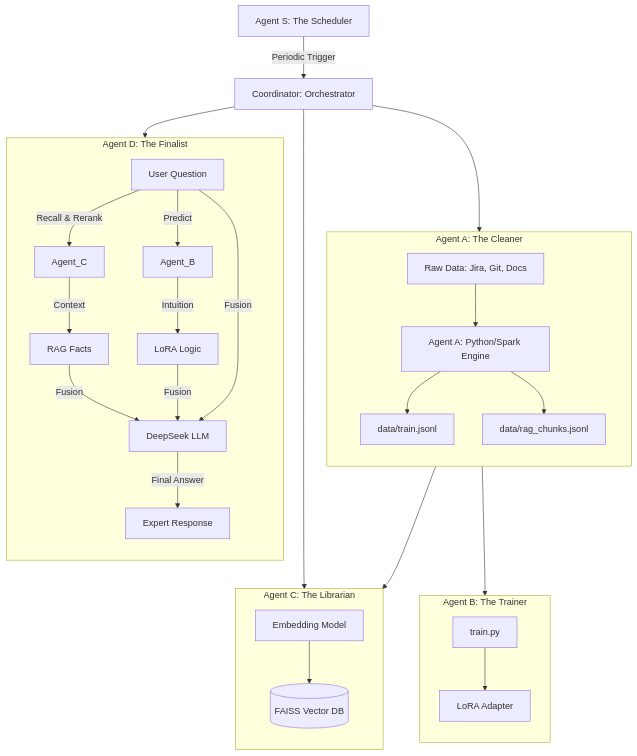
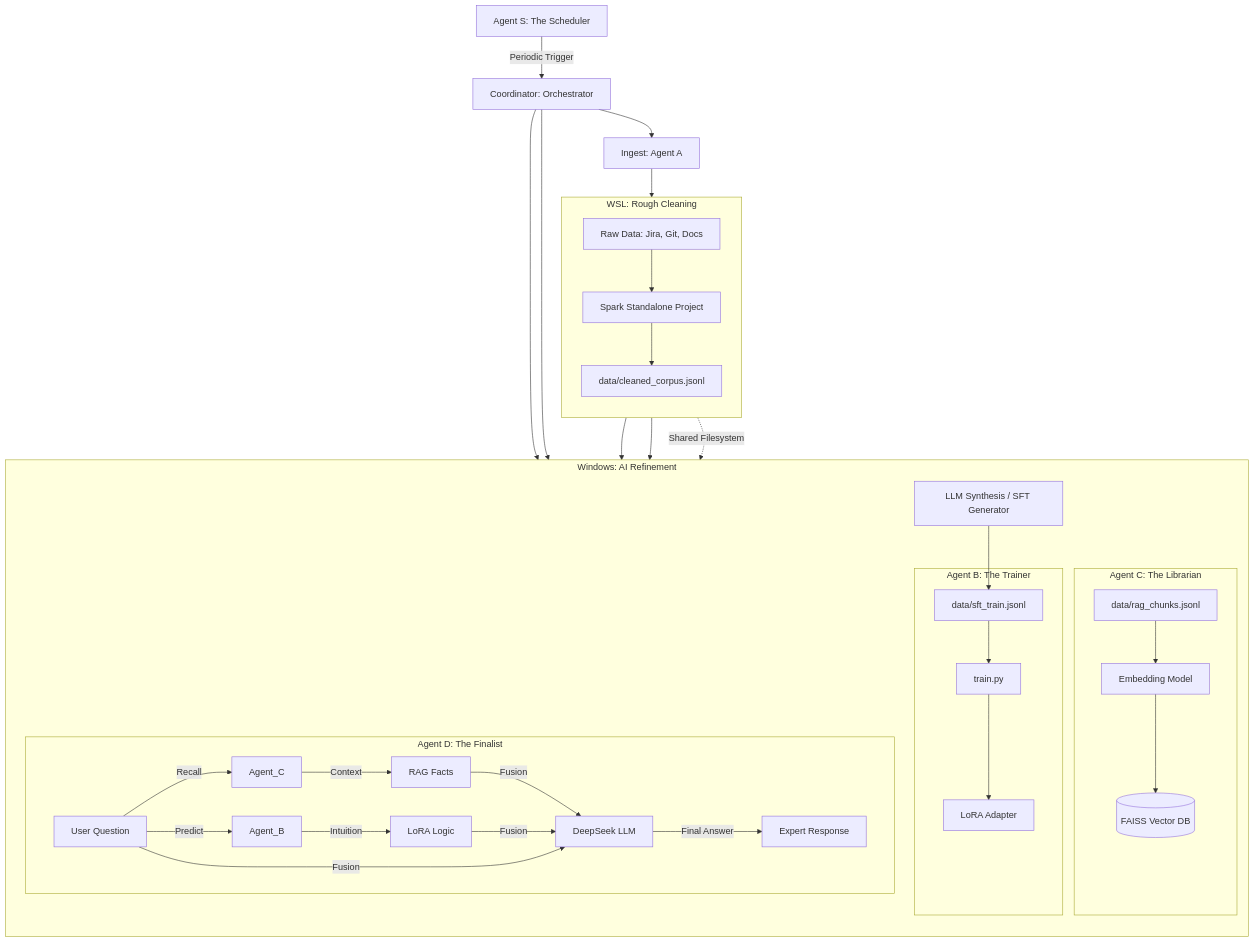
Before and after one commit to jiayingsong2023/DataAlchemy: the diagram in docs/ARCHITECTURE.md, drawn with Mermaid. The commit also changed other lines of this file and 32 other files, not shown here.

Commit message:
Refactor: Decouple Spark ETL into standalone project and rename src/spark_etl to src/etl for better cross-environment support

````diff
--- a/docs/ARCHITECTURE.md
+++ b/docs/ARCHITECTURE.md
@@ -9,39 +9,42 @@
 ```mermaid
 flowchart TD
     AgentS[Agent S: The Scheduler] -->|Periodic Trigger| Coordinator
     
-    subgraph Ingestion [Agent A: The Cleaner]
+    subgraph WSL_Environment [WSL: Rough Cleaning]
         direction TB
-        Raw[Raw Data: Jira, Git, Docs] --> Cleaner[Agent A: Python/Spark Engine]
-        Cleaner --> CPT_Data[data/train.jsonl]
-        Cleaner --> RAG_Chunks[data/rag_chunks.jsonl]
+        Raw[Raw Data: Jira, Git, Docs] --> SparkStandalone[Spark Standalone Project]
+        SparkStandalone --> Washed[data/cleaned_corpus.jsonl]
     end
 
-    subgraph Training [Agent B: The Trainer]
+    subgraph Windows_Environment [Windows: AI Refinement]
         direction TB
-        CPT_Data --> Trainer[train.py]
-        Trainer --> Adapter[LoRA Adapter]
+        Washed --> Synthesis[LLM Synthesis / SFT Generator]
+        Synthesis --> SFT_Data[data/sft_train.jsonl]
+        Washed --> RAG_Chunks[data/rag_chunks.jsonl]
+        
+        subgraph Training [Agent B: The Trainer]
+            SFT_Data --> Trainer[train.py]
+            Trainer --> Adapter[LoRA Adapter]
+        end
+
+        subgraph Knowledge [Agent C: The Librarian]
+            RAG_Chunks --> Embedding[Embedding Model]
+            Embedding --> FAISS[(FAISS Vector DB)]
+        end
+
+        subgraph Inference [Agent D: The Finalist]
+            Query[User Question] -->|Recall| Agent_C
+            Agent_C -->|Context| Context[RAG Facts]
+            Query -->|Predict| Agent_B
+            Agent_B -->|Intuition| Intuition[LoRA Logic]
+            Context & Intuition & Query -->|Fusion| DeepSeek[DeepSeek LLM]
+            DeepSeek -->|Final Answer| FinalResponse[Expert Response]
+        end
     end
 
-    subgraph Knowledge [Agent C: The Librarian]
-        direction TB
-        RAG_Chunks --> Embedding[Embedding Model]
-        Embedding --> FAISS[(FAISS Vector DB)]
-    end
-
-    subgraph Inference [Agent D: The Finalist]
-        direction TB
-        Query[User Question] -->|Recall & Rerank| Agent_C
-        Agent_C -->|Context| Context[RAG Facts]
-        
-        Query -->|Predict| Agent_B
-        Agent_B -->|Intuition| Intuition[LoRA Logic]
-        
-        Context & Intuition & Query -->|Fusion| DeepSeek[DeepSeek LLM]
-        DeepSeek -->|Final Answer| FinalResponse[Expert Response]
-    end
-
-    Coordinator[Coordinator: Orchestrator] --> Ingestion
+    Coordinator[Coordinator: Orchestrator] --> Ingestion_Trigger
+    Ingestion_Trigger[Ingest: Agent A] --> WSL_Environment
+    WSL_Environment -.->|Shared Filesystem| Windows_Environment
     Coordinator --> Knowledge
     Coordinator --> Inference
 ```
````
